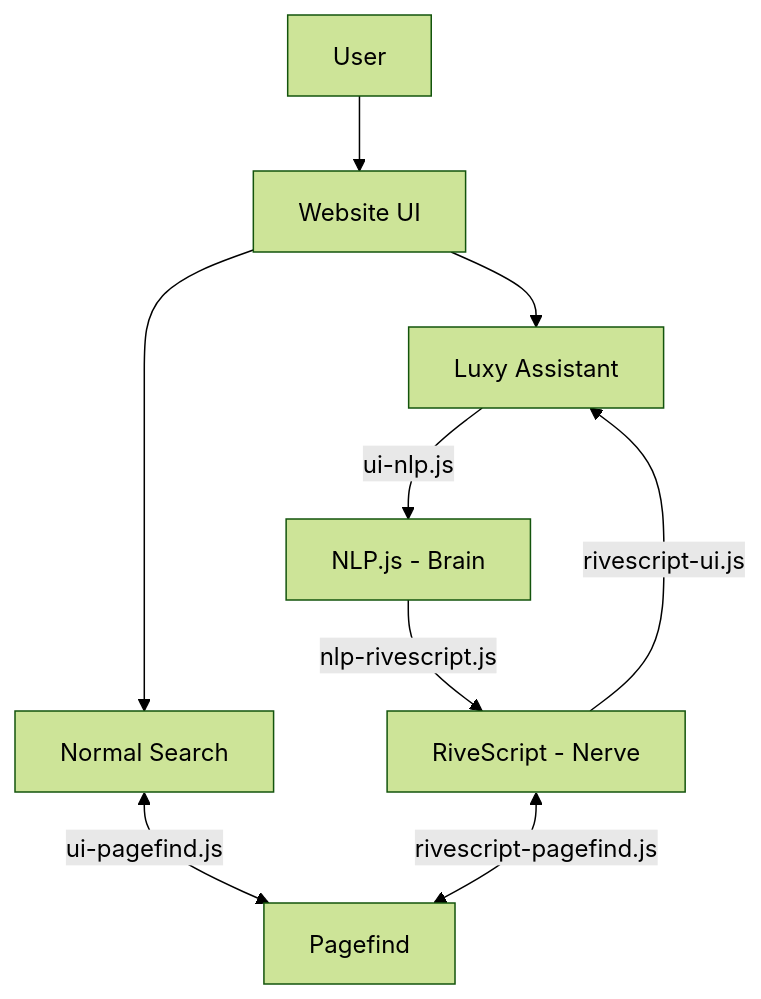
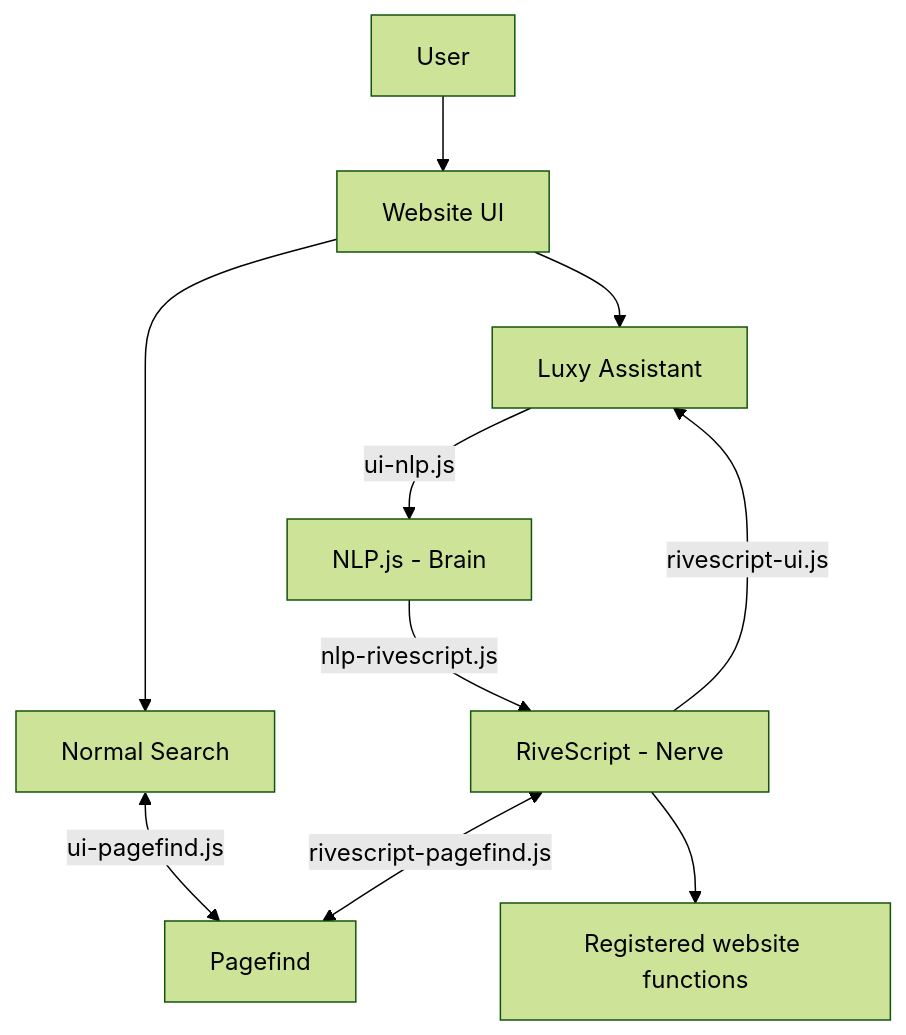
Before and after one commit to LuxrajKayal/Luxraj-Blog: the diagram in SEARCH-ENGINE-PLANNING.md, drawn with Mermaid (forest theme). The commit also changed other lines of this file and 29 other files, not shown here.

````diff
--- a/SEARCH-ENGINE-PLANNING.md
+++ b/SEARCH-ENGINE-PLANNING.md
@@ -25,11 +25,12 @@
 ```mermaid
 flowchart TD
     USER[User] --> UI[Website UI]
     UI --> NS[Normal Search]
     UI --> LX[Luxy Assistant]
     NS <-->|ui-pagefind.js| PF[Pagefind]
     LX -->|ui-nlp.js| NLP[NLP.js - Brain]
     NLP -->|nlp-rivescript.js| RS[RiveScript - Nerve]
     RS <-->|rivescript-pagefind.js| PF
+    RS --> WC[Registered website functions]
     RS -->|rivescript-ui.js| LX
 ```
````
